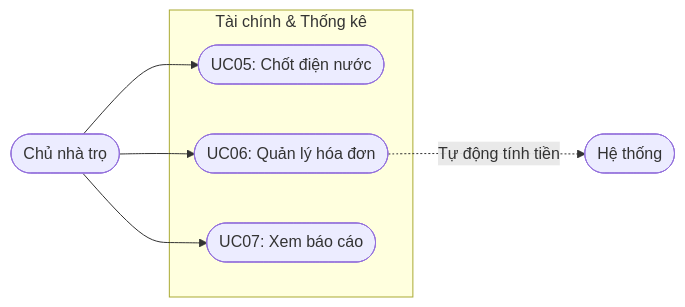
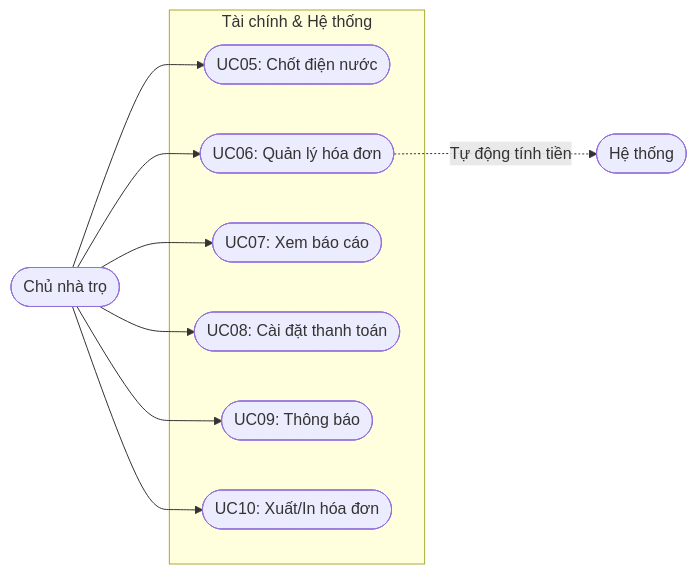
One commit to truongnguyenbao1/QLCT2026 changed the third of 8 diagrams in bao_cao_phan2.md. Above: the diagram before and after it, drawn with Mermaid. The commit also changed other lines of this file and 6 other files, not shown here.

````diff
--- a/bao_cao_phan2.md
+++ b/bao_cao_phan2.md
@@ -156,16 +163,22 @@
 ```mermaid
 flowchart LR
     Admin([Chủ nhà trọ])
     System([Hệ thống])
 
-    subgraph Finance [Tài chính & Thống kê]
+    subgraph Finance [Tài chính & Hệ thống]
         UC05([UC05: Chốt điện nước])
         UC06([UC06: Quản lý hóa đơn])
         UC07([UC07: Xem báo cáo])
+        UC08([UC08: Cài đặt thanh toán])
+        UC09([UC09: Thông báo])
+        UC10([UC10: Xuất/In hóa đơn])
     end
 
     Admin --> UC05
     Admin --> UC06
     Admin --> UC07
+    Admin --> UC08
+    Admin --> UC09
+    Admin --> UC10
     UC06 -. "Tự động tính tiền" .-> System
 ```
````
